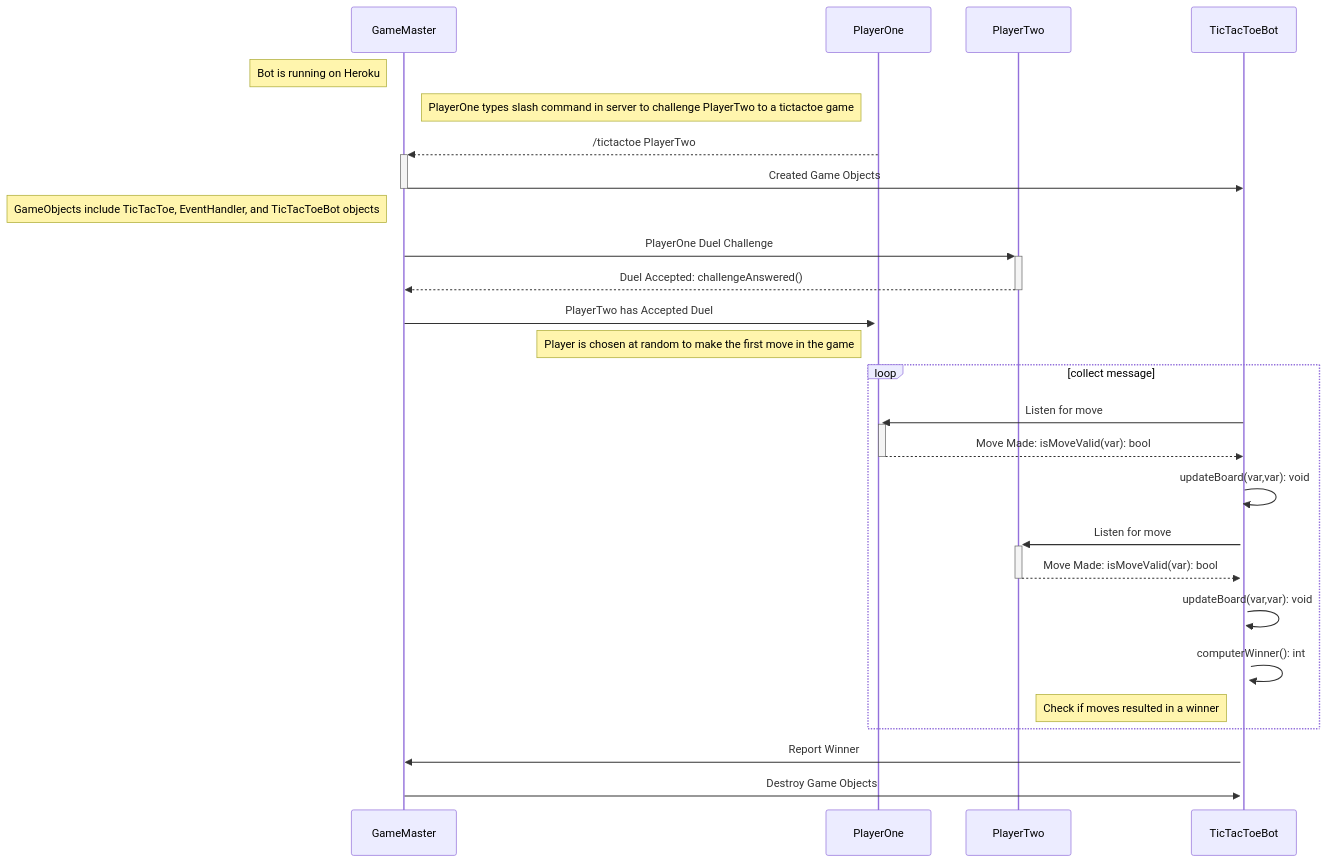
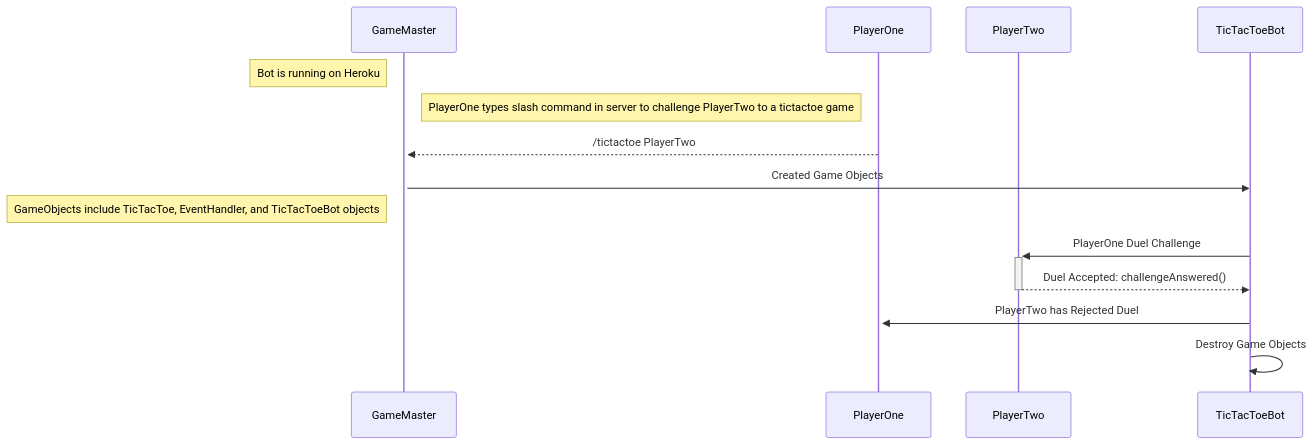
One commit to cis3296f22/GameMaster changed the diagram in uml_Sequence_RejectDuel.md. Above: the diagram before and after it, drawn with Mermaid. The commit also changed other lines of this file, not shown here.

````diff
--- a/uml_Sequence_RejectDuel.md
+++ b/uml_Sequence_RejectDuel.md
@@ -3,31 +3,20 @@
 ```mermaid
 sequenceDiagram
   
     participant GameMaster as GameMaster
     participant PlayerOne as PlayerOne
     participant PlayerTwo as PlayerTwo
     participant TicTacToeBot as TicTacToeBot
     
     Note left of GameMaster: Bot is running on Heroku
     Note left of PlayerOne: PlayerOne types slash command in server to challenge PlayerTwo to a tictactoe game
     PlayerOne-->>+GameMaster: /tictactoe PlayerTwo
-    GameMaster->>-TicTacToeBot: Created Game Objects
+    GameMaster->>TicTacToeBot: Created Game Objects
+   
     Note left of GameMaster: GameObjects include TicTacToe, EventHandler, and TicTacToeBot objects
-    GameMaster->>+PlayerTwo: PlayerOne Duel Challenge
-    PlayerTwo-->>-GameMaster: Duel Accepted: challengeAnswered()
-    GameMaster->>+PlayerOne: PlayerTwo has Accepted Duel
-    Note left of PlayerOne: Player is chosen at random to make the first move in the game
-    loop collect message
-    TicTacToeBot->>+PlayerOne: Listen for move
-    PlayerOne-->>-TicTacToeBot: Move Made: isMoveValid(var): bool
-    TicTacToeBot->>+TicTacToeBot: updateBoard(var,var): void
-    TicTacToeBot->>+PlayerTwo: Listen for move
-    PlayerTwo-->>-TicTacToeBot: Move Made: isMoveValid(var): bool
-    TicTacToeBot->>+TicTacToeBot: updateBoard(var,var): void
-    TicTacToeBot->>+TicTacToeBot: computerWinner(): int
-    Note left of TicTacToeBot: Check if moves resulted in a winner
-    end
-    TicTacToeBot->>GameMaster: Report Winner
-    GameMaster->>TicTacToeBot: Destroy Game Objects
+    TicTacToeBot->>+PlayerTwo: PlayerOne Duel Challenge
+    PlayerTwo-->>-TicTacToeBot: Duel Accepted: challengeAnswered()
+    TicTacToeBot->>+PlayerOne: PlayerTwo has Rejected Duel
+    TicTacToeBot->>TicTacToeBot: Destroy Game Objects
     
 ```
````
